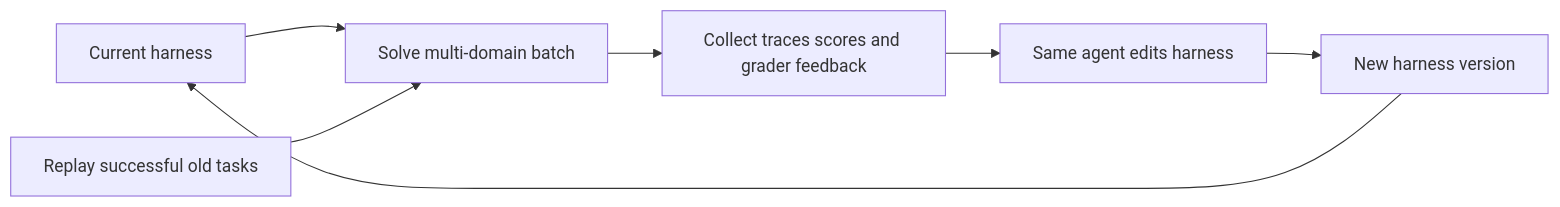
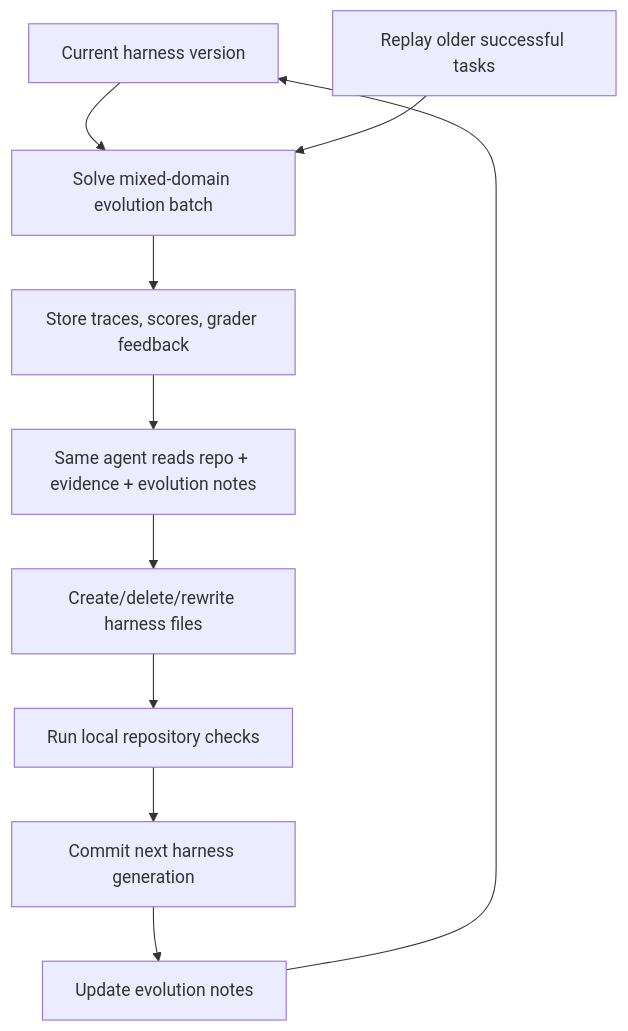
One commit to ShadowKingYT444/harness-papers-daily changed the diagram in _analyses/2609.38372.md. Above: the diagram before and after it, drawn with Mermaid. The commit also changed other lines of this file and 37 other files, not shown here.

Commit message:
Expand all harness paper notes into implementation-ready guides

````diff
--- a/_analyses/2609.38372.md
+++ b/_analyses/2609.38372.md
@@ -21,9 +45,12 @@
-```mermaid
-flowchart LR
-    A[Current harness] --> B[Solve multi-domain batch]
-    B --> C[Collect traces scores and grader feedback]
-    C --> D[Same agent edits harness]
-    D --> E[New harness version]
-    E --> A
-    F[Replay successful old tasks] --> B
-```
+~~~mermaid
+flowchart TD
+    A["Current harness version"] --> B["Solve mixed-domain evolution batch"]
+    B --> C["Store traces, scores, grader feedback"]
+    C --> D["Same agent reads repo + evidence + evolution notes"]
+    D --> E["Create/delete/rewrite harness files"]
+    E --> F["Run local repository checks"]
+    F --> G["Commit next harness generation"]
+    G --> H["Update evolution notes"]
+    H --> A
+    I["Replay older successful tasks"] --> B
+~~~
````
